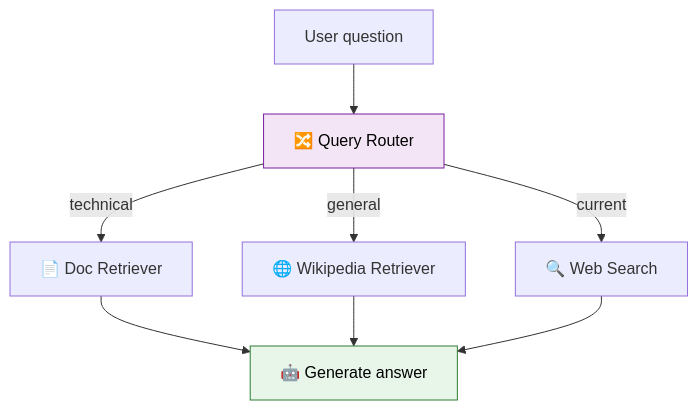
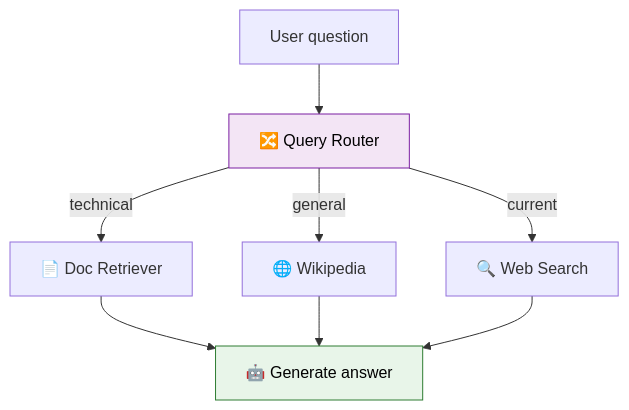
Before and after one commit to remolaan/Agentic-AI-Cookbook: the diagram in 44_rag_query_router_project/README.md, drawn with Mermaid. The commit also changed other lines of this file and 30 other files, not shown here.

````diff
--- a/44_rag_query_router_project/README.md
+++ b/44_rag_query_router_project/README.md
@@ -5,12 +5,12 @@
 ```mermaid
 flowchart TD
     Q["User question"] --> R["🔀 Query Router"]
     R -->|"technical"| D["📄 Doc Retriever"]
-    R -->|"general"| W["🌐 Wikipedia Retriever"]
+    R -->|"general"| W["🌐 Wikipedia"]
     R -->|"current"| S["🔍 Web Search"]
     D --> G["🤖 Generate answer"]
     W --> G
     S --> G
     style R fill:#f3e5f5,stroke:#7b1fa2,color:#000000
     style G fill:#e8f5e9,stroke:#2e7d32,color:#000000
 ```
````
